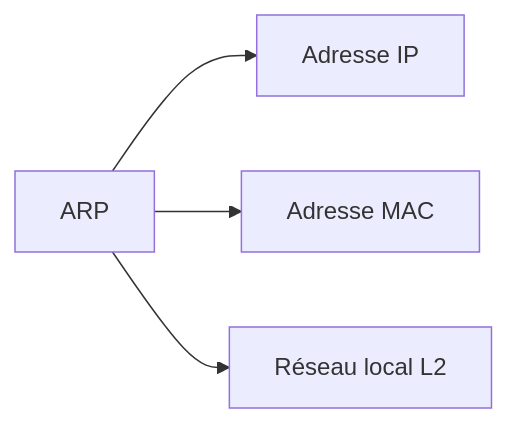
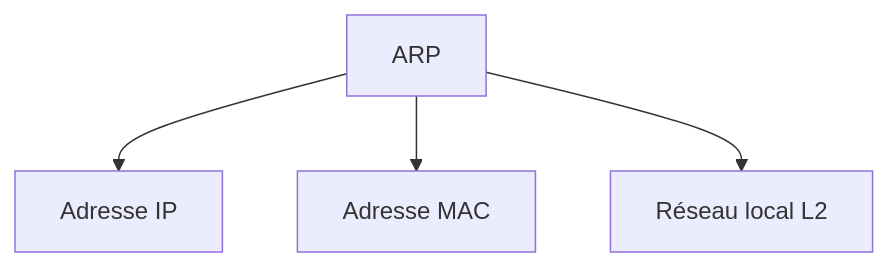
One commit to zyrass/omnydocs changed the first of 38 diagrams in docs/glossaire/administration-reseau.md. Above: the diagram before and after it, drawn with Mermaid. The commit also changed other lines of this file and 1780 other files, not shown here.

````diff
--- a/docs/glossaire/administration-reseau.md
+++ b/docs/glossaire/administration-reseau.md
@@ -27,6 +32,6 @@
-    ```mermaid
-    graph LR
-        A[ARP] --> B[Adresse IP]
-        A --> C[Adresse MAC]
-        A --> D[Réseau local L2]
-    ```
+```mermaid
+graph TB
+    A[ARP] --> B[Adresse IP]
+    A --> C[Adresse MAC]
+    A --> D[Réseau local L2]
+```
````
